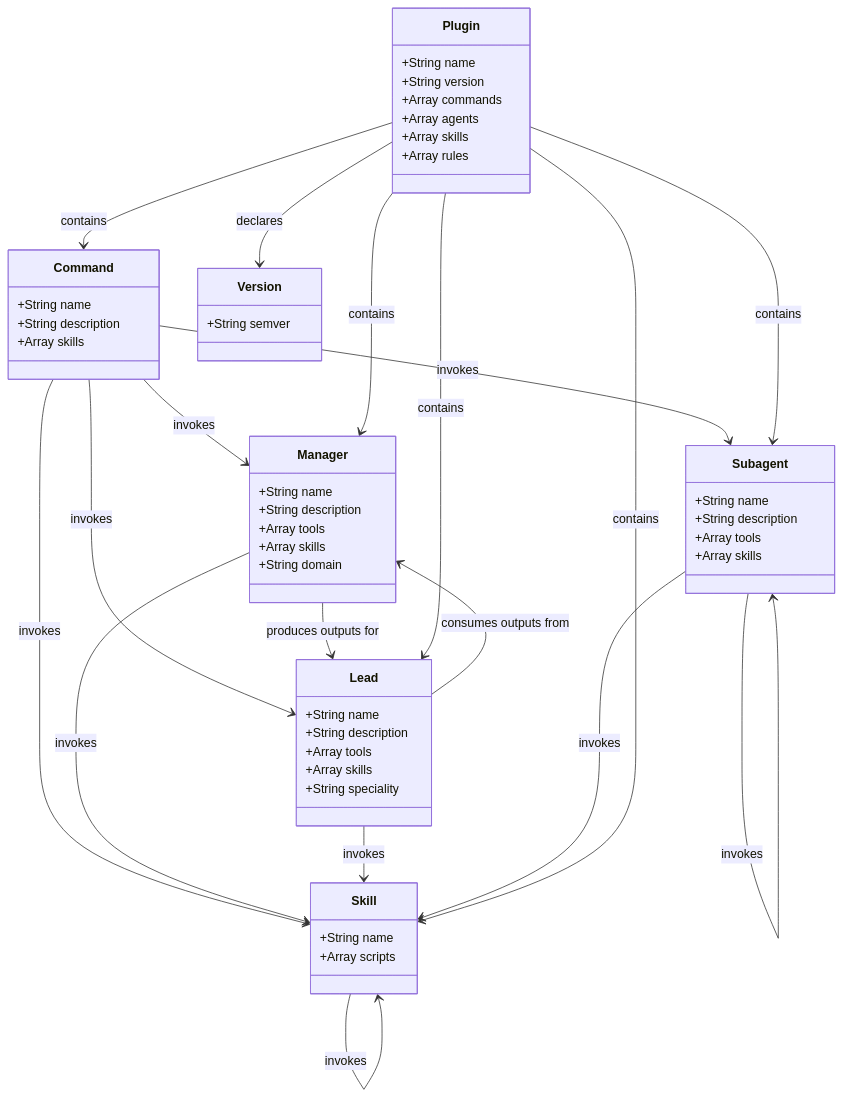
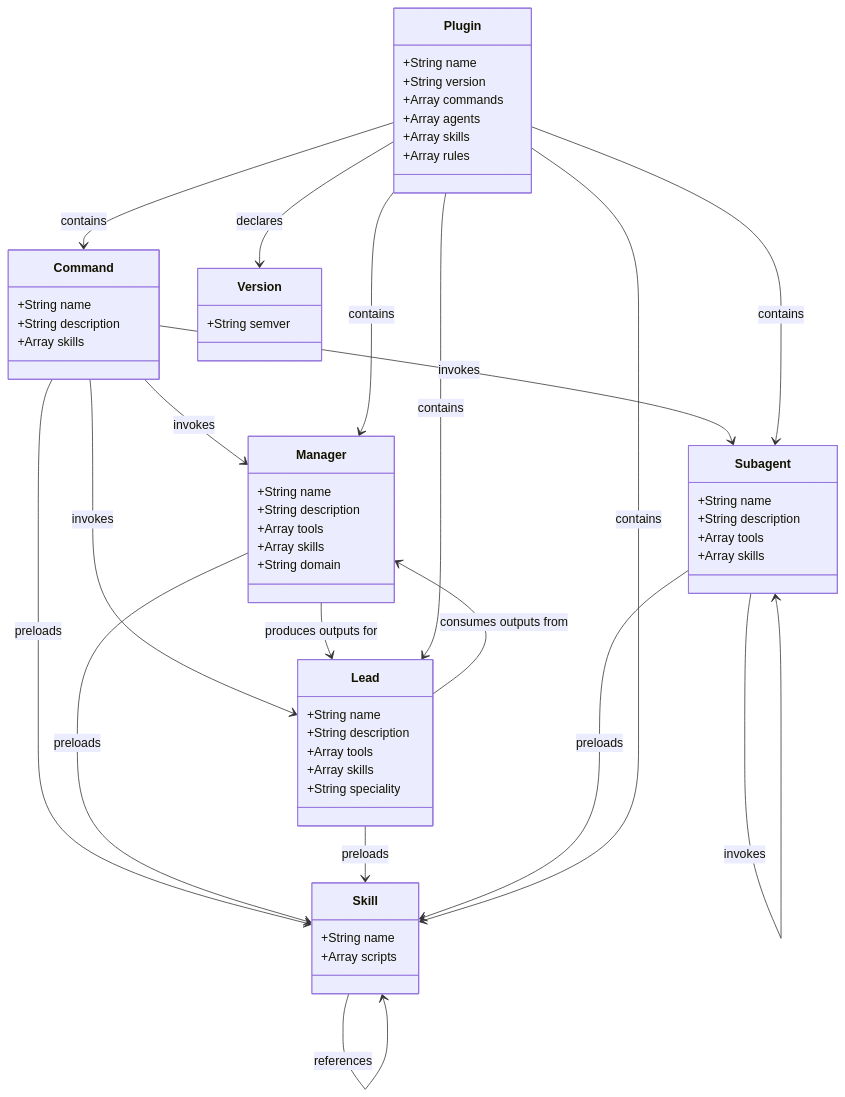
One commit to qmu/workaholic changed the third of 4 diagrams in .workaholic/specs/model.md. Above: the diagram before and after it, drawn with Mermaid. The commit also changed other lines of this file and 29 other files, not shown here.

````diff
--- a/.workaholic/specs/model.md
+++ b/.workaholic/specs/model.md
@@ -174,69 +178,69 @@
 ```mermaid
 classDiagram
     class Command {
         +String name
         +String description
         +Array skills
     }
 
     class Manager {
         +String name
         +String description
         +Array tools
         +Array skills
         +String domain
     }
 
     class Lead {
         +String name
         +String description
         +Array tools
         +Array skills
         +String speciality
     }
 
     class Subagent {
         +String name
         +String description
         +Array tools
         +Array skills
     }
 
     class Skill {
         +String name
         +Array scripts
     }
 
     class Plugin {
         +String name
         +String version
         +Array commands
         +Array agents
         +Array skills
         +Array rules
     }
 
     class Version {
         +String semver
     }
 
     Command --> Manager : invokes
     Command --> Lead : invokes
     Command --> Subagent : invokes
-    Command --> Skill : invokes
-    Manager --> Skill : invokes
-    Lead --> Skill : invokes
+    Command --> Skill : preloads
+    Manager --> Skill : preloads
+    Lead --> Skill : preloads
     Subagent --> Subagent : invokes
-    Subagent --> Skill : invokes
-    Skill --> Skill : invokes
+    Subagent --> Skill : preloads
+    Skill --> Skill : references
 
     Manager --> Lead : produces outputs for
     Lead --> Manager : consumes outputs from
 
     Plugin --> Command : contains
     Plugin --> Manager : contains
     Plugin --> Lead : contains
     Plugin --> Subagent : contains
     Plugin --> Skill : contains
     Plugin --> Version : declares
 ```
````
